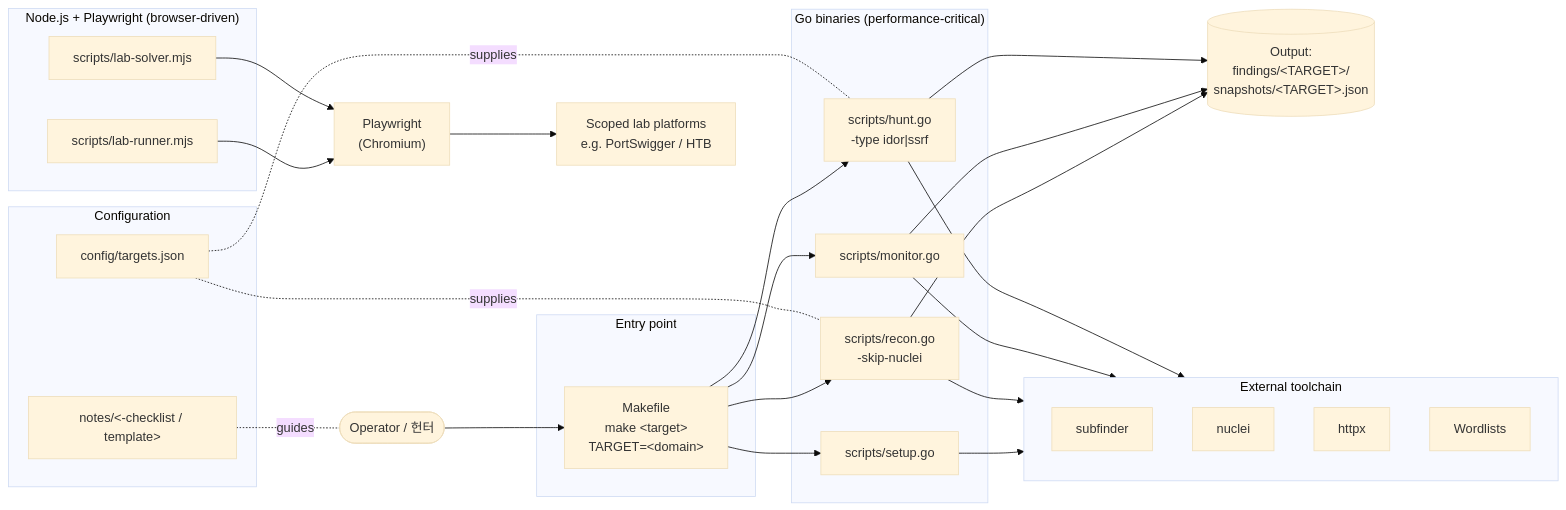
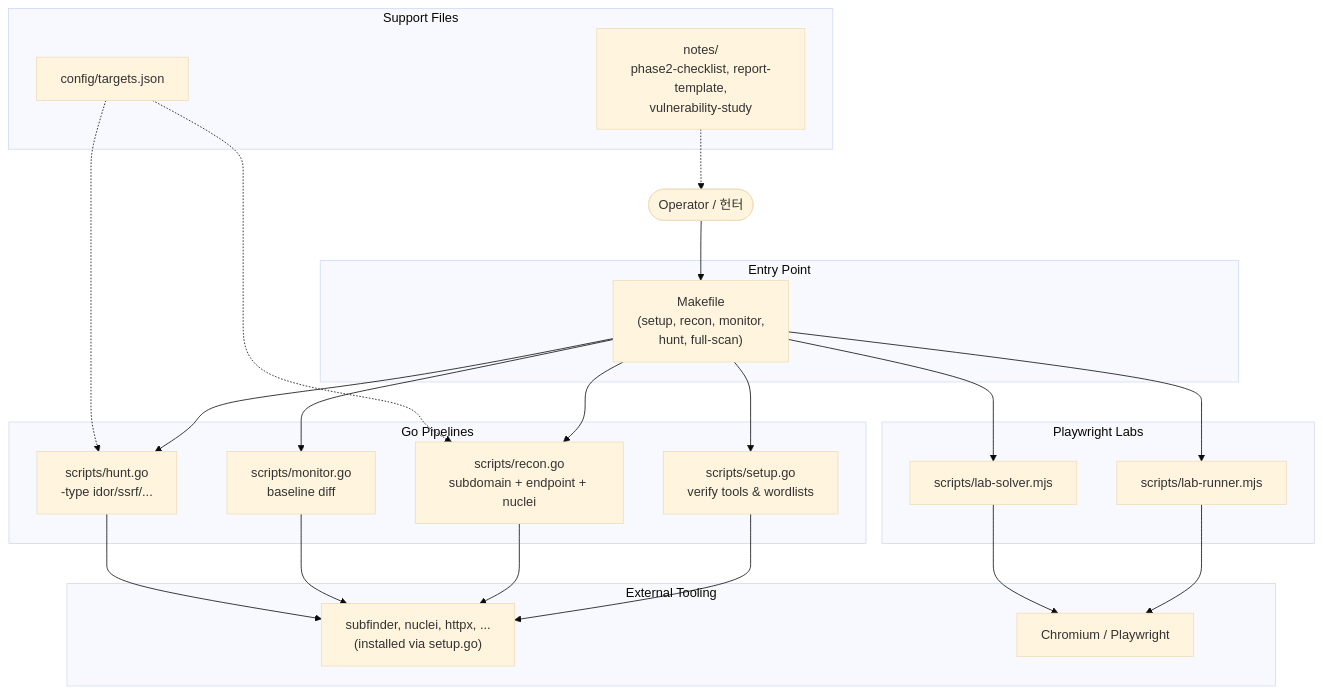
One commit to jclee941/bug changed the diagram in README.md. Above: the diagram before and after it, drawn with Mermaid (base theme). The commit also changed other lines of this file, not shown here.

````diff
--- a/README.md
+++ b/README.md
@@ -95,57 +68,49 @@
 ```mermaid
-flowchart LR
-    Operator(["Operator / 헌터"])
+flowchart TD
+    Operator([Operator / 헌터])
 
-    subgraph Entry["Entry point"]
-        MF["Makefile<br/>make &lt;target&gt;<br/>TARGET=&lt;domain&gt;"]
+    subgraph Entry["Entry Point"]
+        Makefile["Makefile<br/>(setup, recon, monitor,<br/>hunt, full-scan)"]
     end
 
-    subgraph GoBinaries["Go binaries (performance-critical)"]
-        Setup["scripts/setup.go"]
-        Recon["scripts/recon.go<br/>-skip-nuclei"]
-        Monitor["scripts/monitor.go"]
-        Hunt["scripts/hunt.go<br/>-type idor|ssrf"]
+    subgraph Go["Go Pipelines"]
+        Setup[scripts/setup.go<br/>verify tools &amp; wordlists]
+        Recon[scripts/recon.go<br/>subdomain + endpoint + nuclei]
+        Monitor[scripts/monitor.go<br/>baseline diff]
+        Hunt[scripts/hunt.go<br/>-type idor/ssrf/...]
     end
 
-    subgraph NodeLabs["Node.js + Playwright (browser-driven)"]
-        Runner["scripts/lab-runner.mjs"]
-        Solver["scripts/lab-solver.mjs"]
+    subgraph Node["Playwright Labs"]
+        LabRunner["scripts/lab-runner.mjs"]
+        LabSolver["scripts/lab-solver.mjs"]
     end
 
-    subgraph Config["Configuration"]
-        Targets["config/targets.json"]
-        Notes["notes/&lt;-checklist / template&gt;"]
+    subgraph Support["Support Files"]
+        Config["config/targets.json"]
+        Notes["notes/<br/>phase2-checklist, report-template,<br/>vulnerability-study"]
     end
 
-    subgraph Tools["External toolchain"]
-        Subfinder["subfinder"]
-        Nuclei["nuclei"]
-        Httpx["httpx"]
-        Wordlists["Wordlists"]
+    subgraph External["External Tooling"]
+        Tools["subfinder, nuclei, httpx, ...<br/>(installed via setup.go)"]
+        Browser["Chromium / Playwright"]
     end
 
-    Output[("Output:<br/>findings/&lt;TARGET&gt;/<br/>snapshots/&lt;TARGET&gt;.json")]
-
-    Operator --> MF
-    MF --> Setup
-    MF --> Recon
-    MF --> Monitor
-    MF --> Hunt
-
-    Targets -. supplies .- Recon
-    Targets -. supplies .- Hunt
-    Notes -. guides .- Operator
+    Operator --> Makefile
+    Makefile --> Setup
+    Makefile --> Recon
+    Makefile --> Monitor
+    Makefile --> Hunt
+    Makefile --> LabRunner
+    Makefile --> LabSolver
 
     Setup --> Tools
     Recon --> Tools
     Monitor --> Tools
     Hunt --> Tools
+    LabRunner --> Browser
+    LabSolver --> Browser
 
-    Recon --> Output
-    Monitor --> Output
-    Hunt --> Output
-
-    Runner --> PW["Playwright<br/>(Chromium)"]
-    Solver --> PW
-    PW --> LabTargets["Scoped lab platforms<br/>e.g. PortSwigger / HTB"]
+    Config -.-> Recon
+    Config -.-> Hunt
+    Notes -.-> Operator
 ```
````
